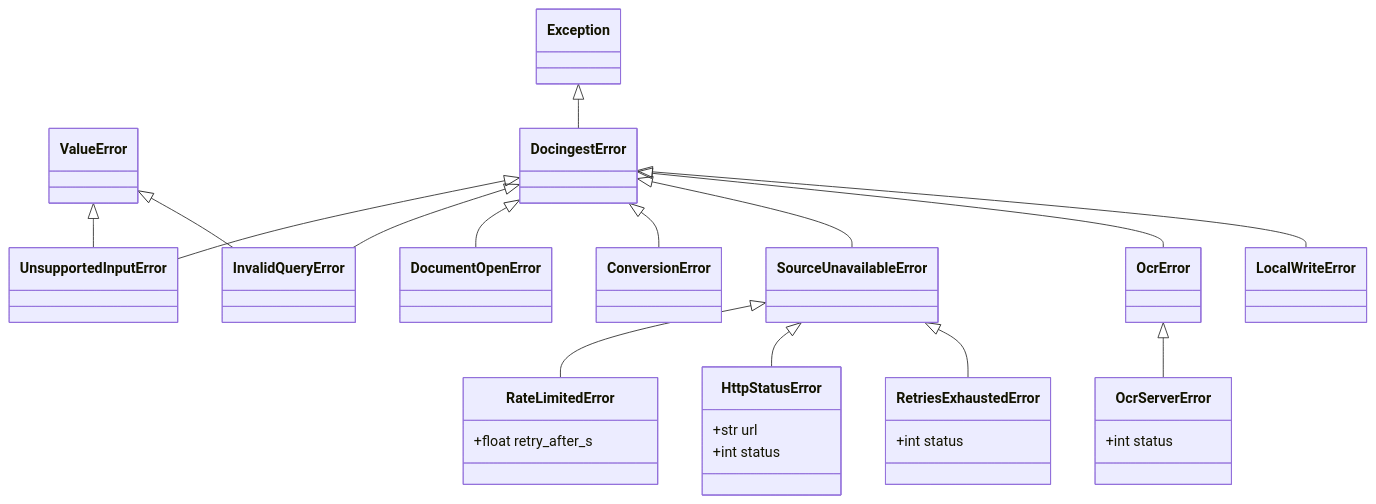
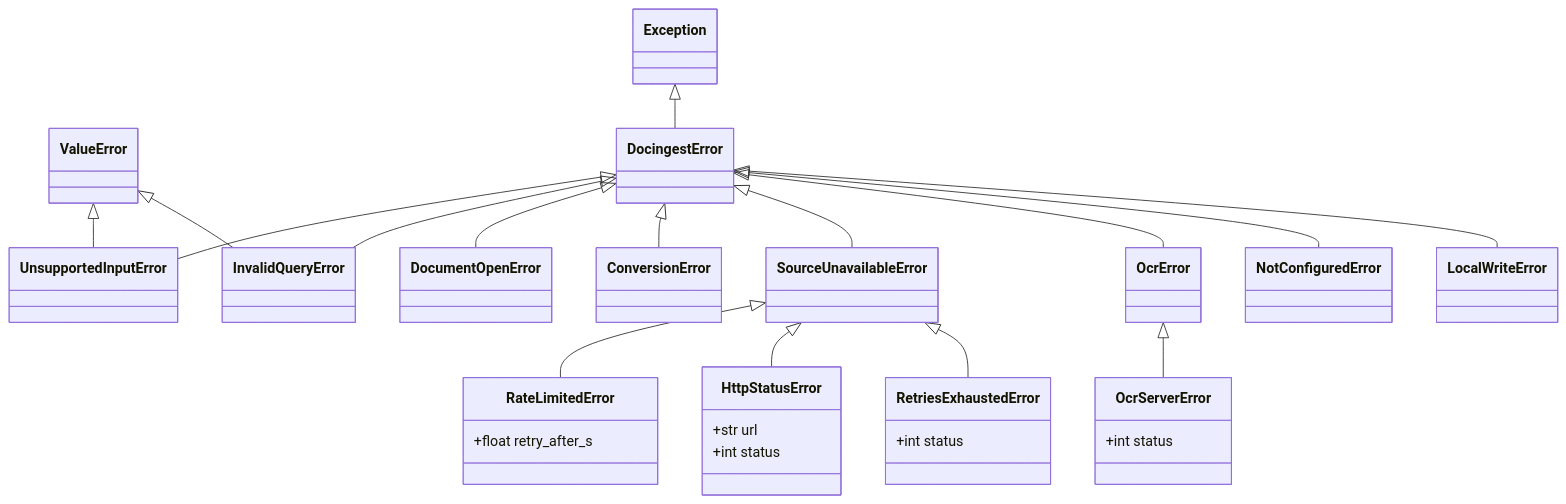
Before and after one commit to etxsA/doc-ingest: the fourth of 4 diagrams in packages/docingest/src/docingest/domain/README.md, drawn with Mermaid. The commit also changed other lines of this file and 21 other files, not shown here.

````diff
--- a/packages/docingest/src/docingest/domain/README.md
+++ b/packages/docingest/src/docingest/domain/README.md
@@ -555,40 +555,42 @@
 ```mermaid
 classDiagram
     class Exception
     class ValueError
     class DocingestError
     class UnsupportedInputError
     class InvalidQueryError
     class DocumentOpenError
     class ConversionError
     class SourceUnavailableError
     class RateLimitedError {
         +float retry_after_s
     }
     class OcrError
+    class NotConfiguredError
     class OcrServerError {
         +int status
     }
     class HttpStatusError {
         +str url
         +int status
     }
     class RetriesExhaustedError {
         +int status
     }
     class LocalWriteError
     Exception <|-- DocingestError
     DocingestError <|-- UnsupportedInputError
     ValueError <|-- UnsupportedInputError
     DocingestError <|-- InvalidQueryError
     ValueError <|-- InvalidQueryError
     DocingestError <|-- DocumentOpenError
     DocingestError <|-- ConversionError
     DocingestError <|-- SourceUnavailableError
     SourceUnavailableError <|-- RateLimitedError
     DocingestError <|-- OcrError
+    DocingestError <|-- NotConfiguredError
     OcrError <|-- OcrServerError
     SourceUnavailableError <|-- HttpStatusError
     SourceUnavailableError <|-- RetriesExhaustedError
     DocingestError <|-- LocalWriteError
 ```
````
